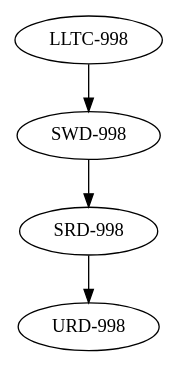
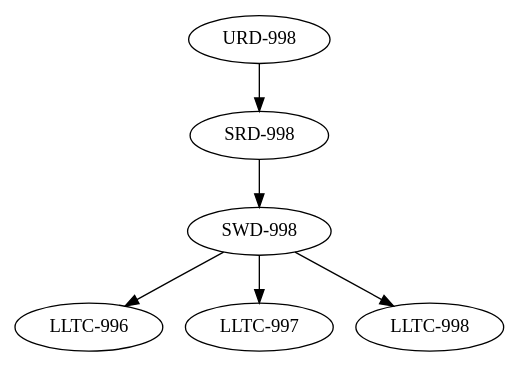
The diagram in .dotstop.dot (Zahhask45/Team04_DrivaPi), drawn with Graphviz before and after one commit. The commit also changed 9 other files, not shown here.

```diff
--- a/.dotstop.dot
+++ b/.dotstop.dot
@@ -1,12 +1,16 @@
 # This file is automatically generated by dotstop and should not be edited manually.
 # Generated using trustable 2025.9.16.
 
 digraph G {
-"SWD-998" [sha="e65e8aef8be799605889855b82c4d444d912b44304eec2856fe3f05ef7d065ab"];
-"LLTC-998" [sha="dd99f4bee385a6d577319884ae758d3ec01fc93ccb5eef2d626af6e6821ac3a4"];
-"SRD-998" [sha="d7888f1a5837c430a76ad58463e2d2837c5f27bad251284be97bccaa9447fa8b"];
-"URD-998" [sha="984d531e3bfb9a8a07432a2f285113a2942f00c1abc463279050b5f1b9857396"];
-"SWD-998" -> "SRD-998" [sha="e7fbb0660062ae5128ee53581d39740e4ad9a506f41b512d594ff21f7a92e12c"];
-"LLTC-998" -> "SWD-998" [sha="088ce03db2f6d756737920e804b51a2a1666d8fcb42443f0f3c8aaec023db4cf"];
-"SRD-998" -> "URD-998" [sha="2af2b8da09e2e74f9bb765dd4f2e640a716001a99c7e65ecedf8118cb887a1bf"];
+"SWD-998" [sha="d221d09cf62458806c14a393e4b0d7d1c9b3129e11e4082027048fb7e212260f"];
+"LLTC-996" [sha="87fcb9346eeaff0ac4aea3caf84d3f3e7fb4d3cc03fcfbfd58ec2855e8b3b927"];
+"LLTC-997" [sha="812002d1370dc53c71319df8e5eb10b6cae983391fab1ee05c3ce02179be7092"];
+"LLTC-998" [sha="6e45400352a933b671e99b536cfc51ca898dab9acb1e061a451f47270ddf1630"];
+"SRD-998" [sha="9690b16a9c0d2dc96acab0a3605fcd49bcf7b553ee8b2ad79aabc5953701aed0"];
+"URD-998" [sha="e97a918232a5ab41fc2b3fabe4b03aa69e12996b628739be0f3c6bc6385212a0"];
+"SWD-998" -> "LLTC-998" [sha="ffaae4a21cf484151c61f2298a221134659d8585b465c22bff49a1b8722ad407"];
+"SWD-998" -> "LLTC-997" [sha="be4db0f19d9f33a6eb2d6ab5276098c3c535ea333dc96168d2337c85cc80ec0b"];
+"SWD-998" -> "LLTC-996" [sha="a4384ed1485e54b137294012809d896930fb98a94daf09f1aca86680037b87bd"];
+"SRD-998" -> "SWD-998" [sha="25ea2a2ae57f6f081e42af03a7a8a70163ca32ea54f0354351ed918ba61a70c0"];
+"URD-998" -> "SRD-998" [sha="9da55292befdeebe450ac9b9dbf3c9adfa922c8f3f2fba79eec20aff505c9111"];
 }
```
